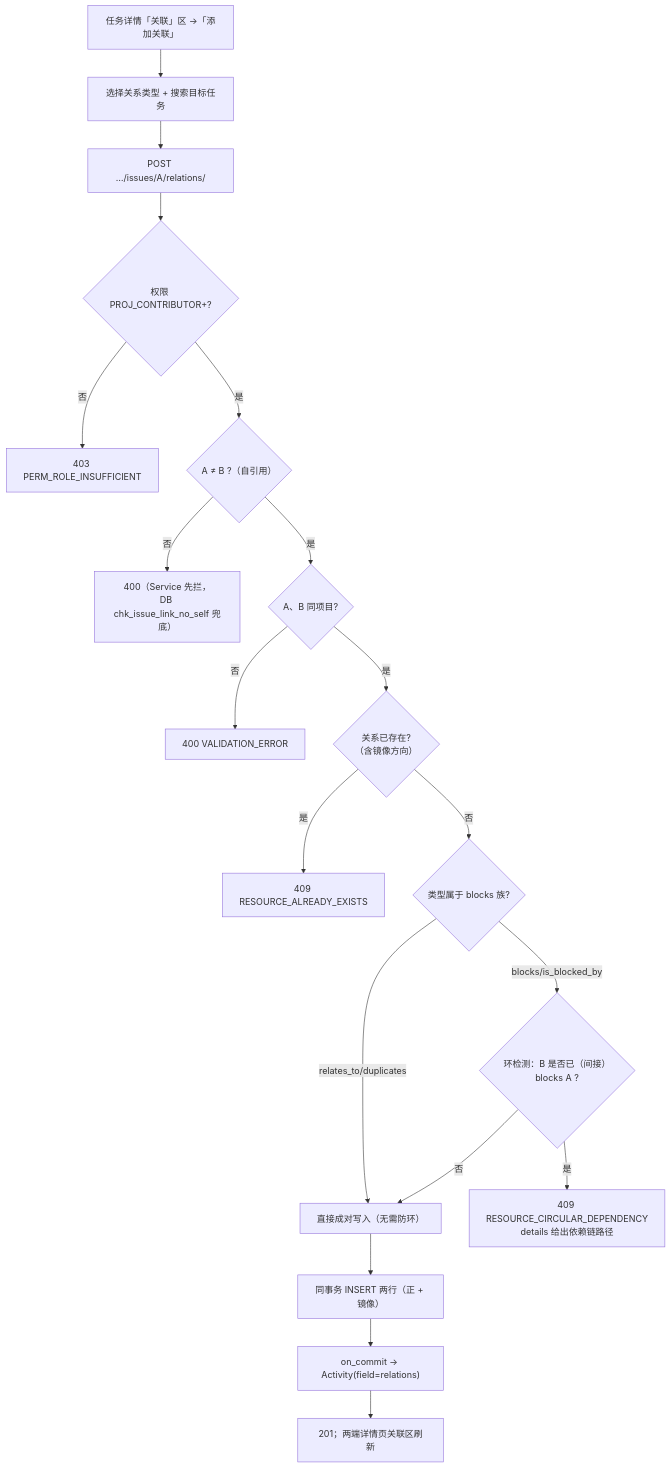
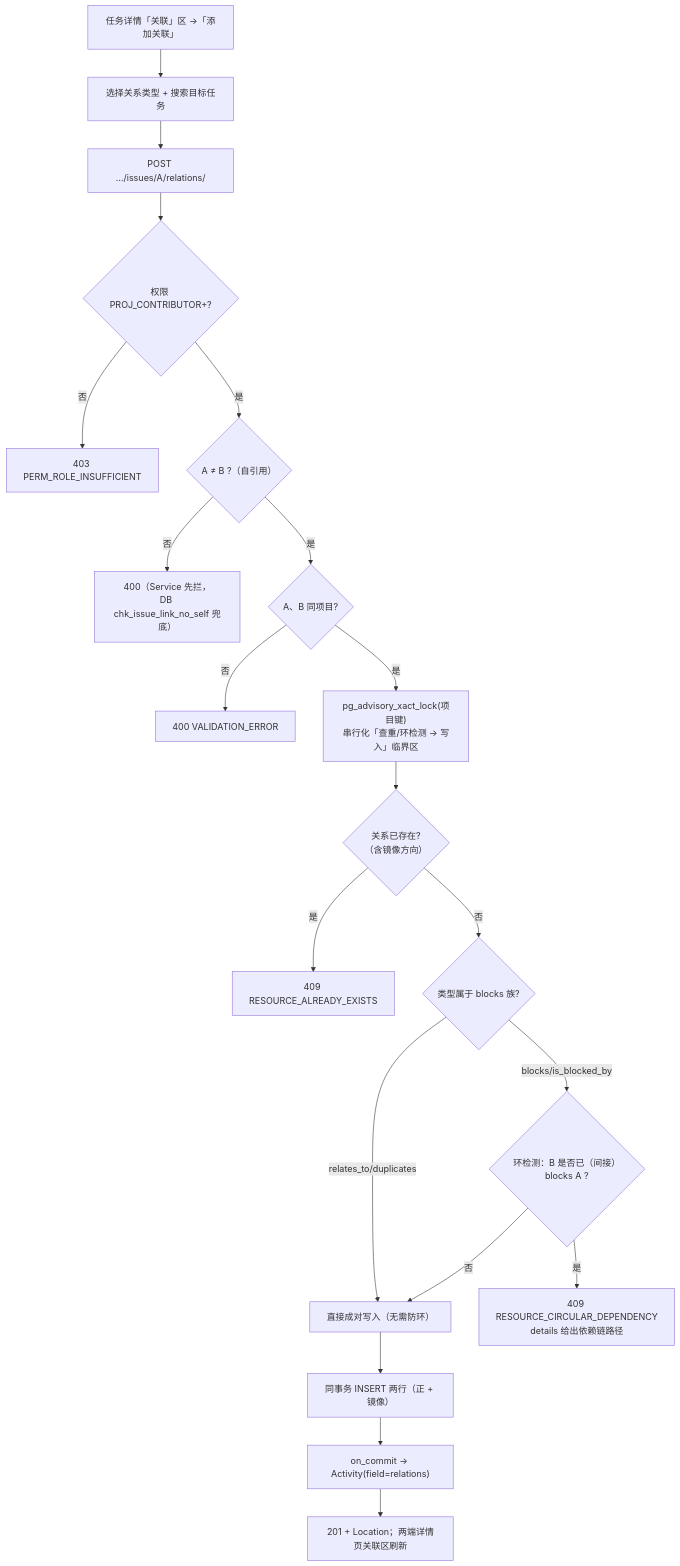
Before and after one commit to RabbitAI-Lab/RabbitProjects: the second of 4 diagrams in docs/sprint-2-task-full/TASK-005-task-dependency.md, drawn with Mermaid. The commit also changed other lines of this file and 6 other files, not shown here.

````diff
--- a/docs/sprint-2-task-full/TASK-005-task-dependency.md
+++ b/docs/sprint-2-task-full/TASK-005-task-dependency.md
@@ -112,21 +112,22 @@
 ```mermaid
 flowchart TD
     A["任务详情「关联」区 →「添加关联」"] --> B["选择关系类型 + 搜索目标任务"]
     B --> C["POST …/issues/A/relations/"]
     C --> D{"权限 PROJ_CONTRIBUTOR+?"}
     D -->|否| D1["403 PERM_ROLE_INSUFFICIENT"]
     D -->|是| E{"A ≠ B ?（自引用）"}
     E -->|否| E1["400（Service 先拦，<br/>DB chk_issue_link_no_self 兜底）"]
     E -->|是| F{"A、B 同项目?"}
     F -->|否| F1["400 VALIDATION_ERROR"]
-    F -->|是| G{"关系已存在?<br/>（含镜像方向）"}
+    F -->|是| F2["pg_advisory_xact_lock(项目键)<br/>串行化「查重/环检测 → 写入」临界区"]
+    F2 --> G{"关系已存在?<br/>（含镜像方向）"}
     G -->|是| G1["409 RESOURCE_ALREADY_EXISTS"]
     G -->|否| H{"类型属于 blocks 族?"}
     H -->|relates_to/duplicates| I["直接成对写入（无需防环）"]
     H -->|blocks/is_blocked_by| J{"环检测：B 是否已（间接）blocks A ?"}
     J -->|是| J1["409 RESOURCE_CIRCULAR_DEPENDENCY<br/>details 给出依赖链路径"]
     J -->|否| I
     I --> K["同事务 INSERT 两行（正 + 镜像）"]
     K --> L["on_commit → Activity(field=relations)"]
-    L --> M["201；两端详情页关联区刷新"]
+    L --> M["201 + Location；两端详情页关联区刷新"]
 ```
````
